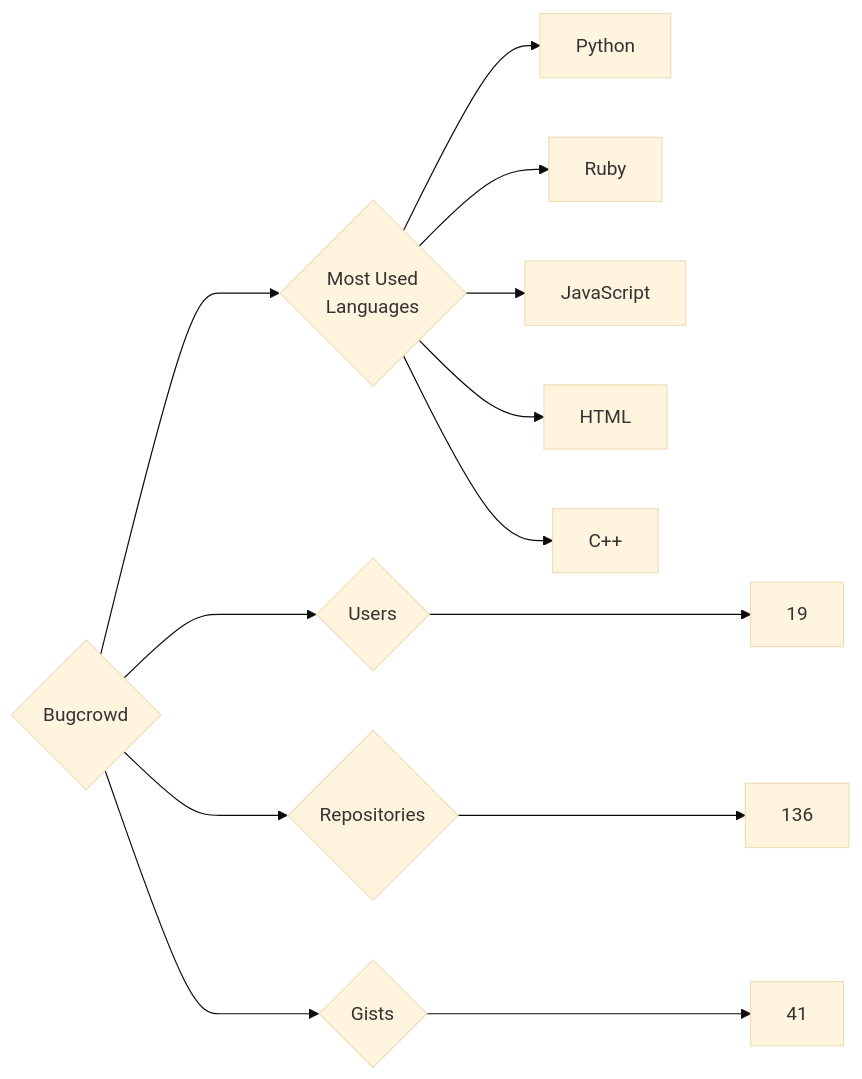
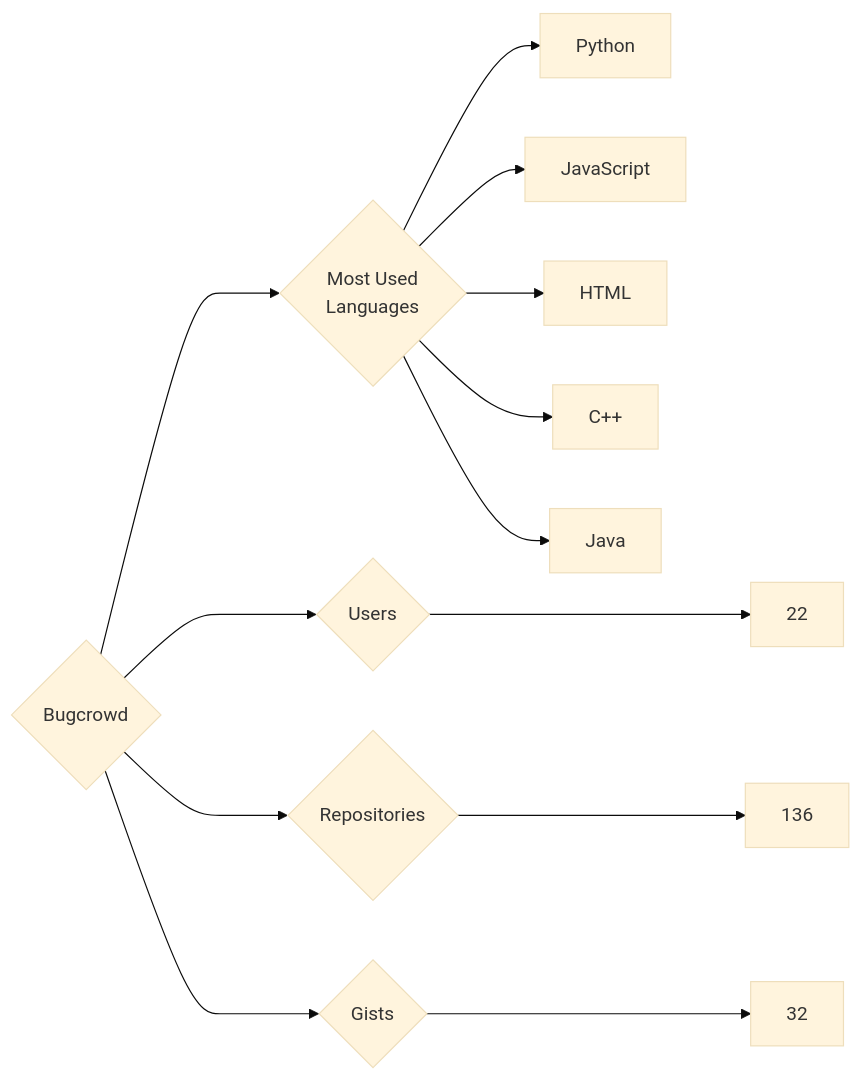
One commit to trickest/insiders changed the diagram in targets/Bugcrowd/README.md. Above: the diagram before and after it, drawn with Mermaid (base theme). The commit also changed 860 other files, not shown here.

````diff
--- a/targets/Bugcrowd/README.md
+++ b/targets/Bugcrowd/README.md
@@ -3,13 +3,13 @@
 ```mermaid
 graph LR
 COMPANY_NAME{Bugcrowd}
-COMPANY_NAME ---> U{Users} ---> UN[19]
+COMPANY_NAME ---> U{Users} ---> UN[22]
 COMPANY_NAME ---> R{Repositories} ---> RN[136]
-COMPANY_NAME ---> G{Gists} ---> GN[41]
+COMPANY_NAME ---> G{Gists} ---> GN[32]
 COMPANY_NAME ---> ML{Most Used<br>Languages}
 ML --> Python[Python]
-ML --> Ruby[Ruby]
 ML --> JavaScript[JavaScript]
 ML --> HTML[HTML]
 ML --> C++[C++]
+ML --> Java[Java]
 ```
````
